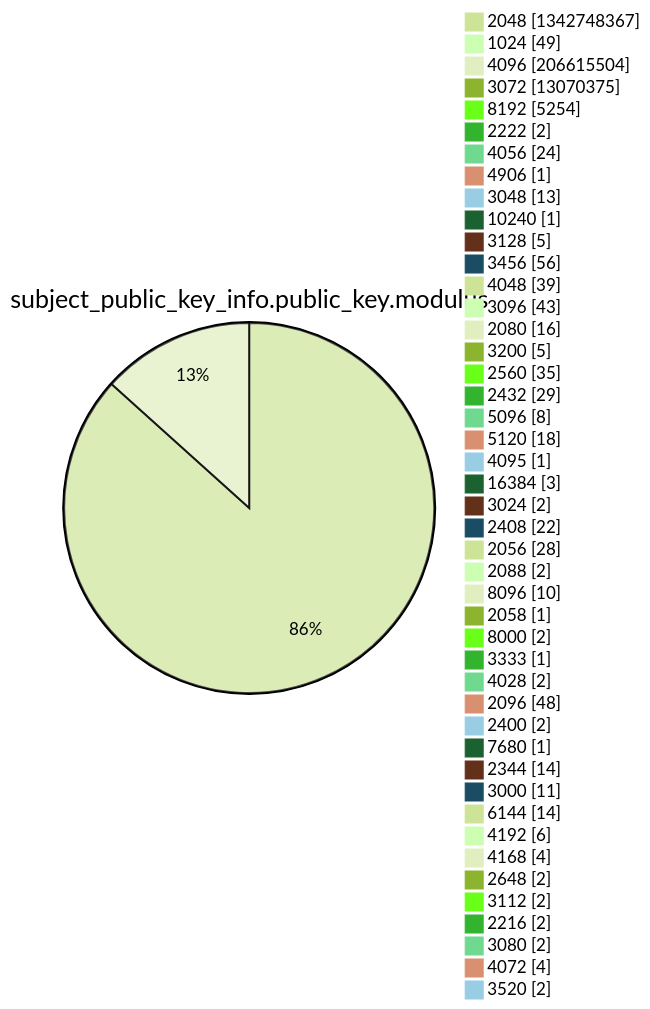
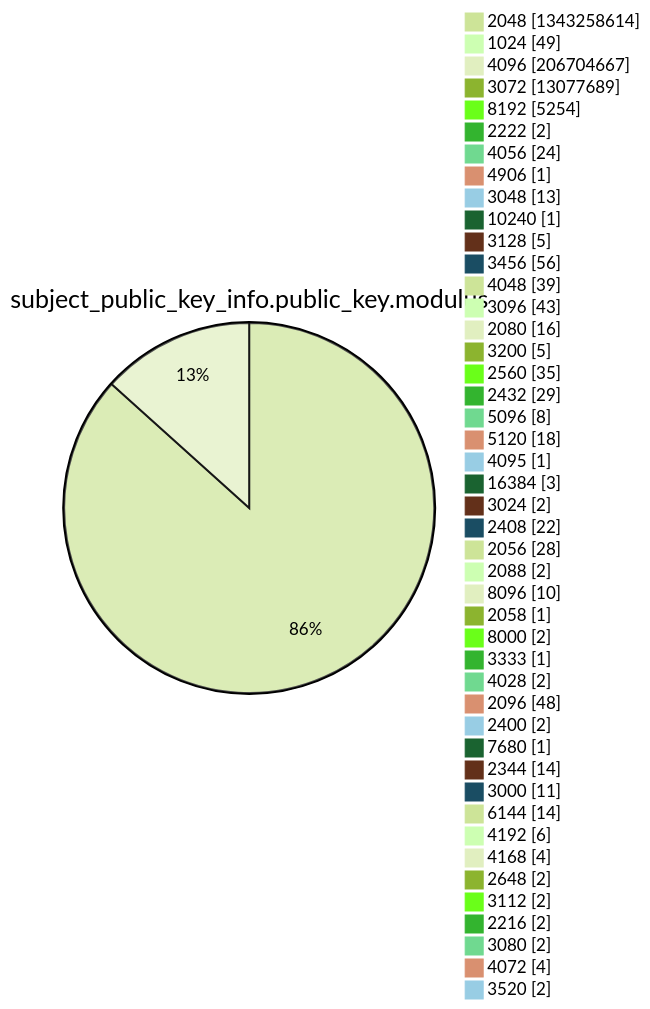
One commit to christiankrug/ctmonitor_visualization changed diagram 13 of 15 in xenon2022/README.md. Above: the diagram before and after it, drawn with Mermaid (forest theme). The commit also changed other lines of this file, not shown here.

````diff
--- a/xenon2022/README.md
+++ b/xenon2022/README.md
@@ -3927,49 +3927,49 @@
 ```mermaid
 pie showData
 title subject_public_key_info.public_key.modulus
-"2048" :1342748367
+"2048" :1343258614
 "1024" :49
-"4096" :206615504
-"3072" :13070375
+"4096" :206704667
+"3072" :13077689
 "8192" :5254
 "2222" :2
 "4056" :24
 "4906" :1
 "3048" :13
 "10240" :1
 "3128" :5
 "3456" :56
 "4048" :39
 "3096" :43
 "2080" :16
 "3200" :5
 "2560" :35
 "2432" :29
 "5096" :8
 "5120" :18
 "4095" :1
 "16384" :3
 "3024" :2
 "2408" :22
 "2056" :28
 "2088" :2
 "8096" :10
 "2058" :1
 "8000" :2
 "3333" :1
 "4028" :2
 "2096" :48
 "2400" :2
 "7680" :1
 "2344" :14
 "3000" :11
 "6144" :14
 "4192" :6
 "4168" :4
 "2648" :2
 "3112" :2
 "2216" :2
 "3080" :2
 "4072" :4
 "3520" :2
 ```
````
